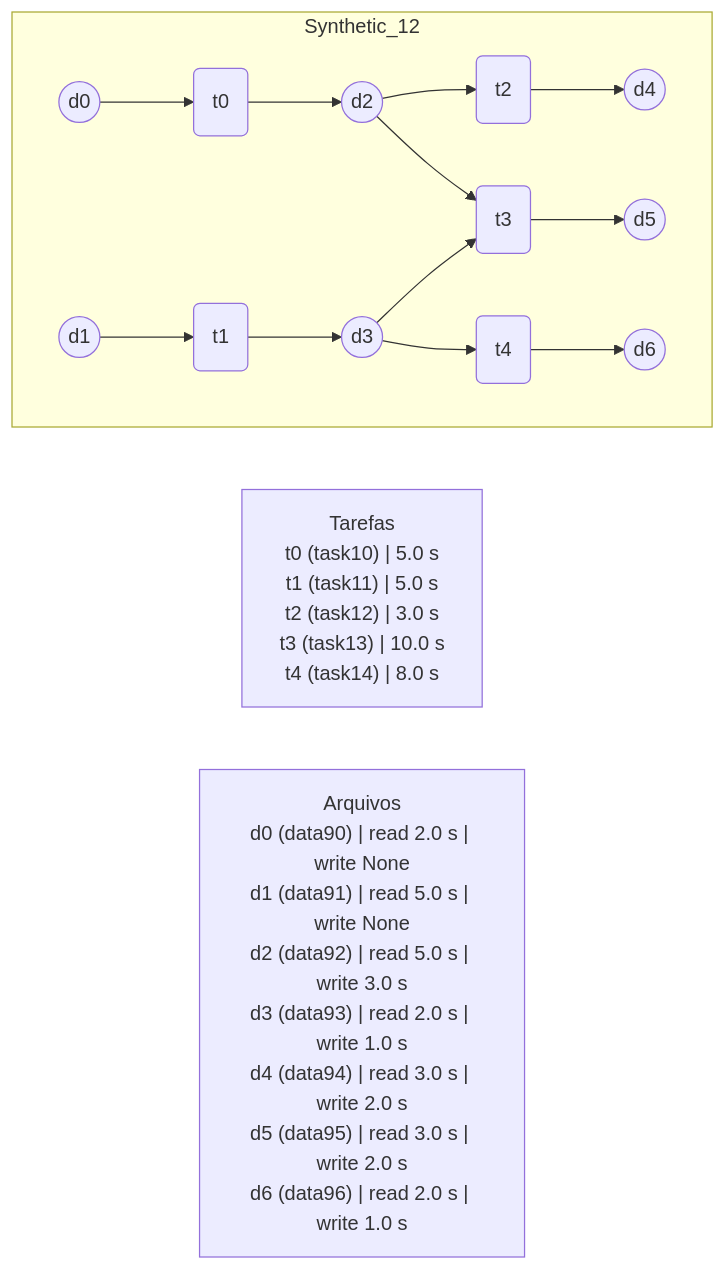
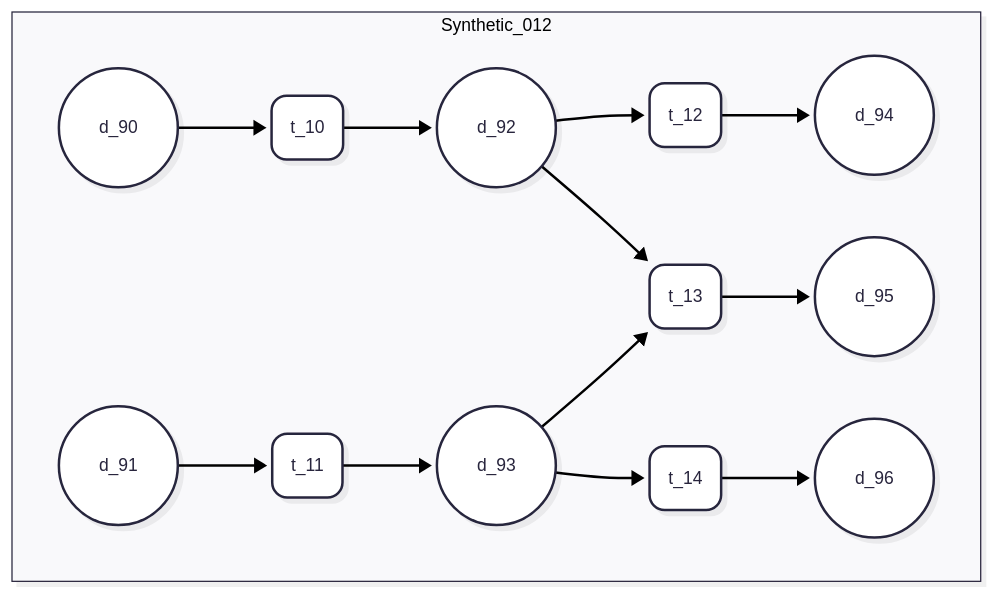
One commit to UFFeScience/denethor changed the diagram in resources/data/instance_files/synthetic/synthetic_user_defined/mermaid/Synthetic_12.mermaid. Above: the diagram before and after it, drawn with Mermaid. The commit also changed 17 other files, not shown here.

Commit message:
Novas definições de instâncias sintéticas,  arquivos mermaid e scripts geradores

```diff
--- a/resources/data/instance_files/synthetic/synthetic_user_defined/mermaid/Synthetic_12.mermaid
+++ b/resources/data/instance_files/synthetic/synthetic_user_defined/mermaid/Synthetic_12.mermaid
@@ -1,32 +1,31 @@
 ---
 config:
   layout: dagre
+  theme: redux
+  look: neo
 ---
 flowchart LR
- subgraph Synthetic_12["Synthetic_12"]
+ subgraph Synthetic_12["Synthetic_012"]
     direction LR
-        S12_t0("t0")
-        S12_d0(("d0"))
-        S12_d2(("d2"))
-        S12_t1("t1")
-        S12_d1(("d1"))
-        S12_d3(("d3"))
-        S12_t2("t2")
-        S12_d4(("d4"))
-        S12_t3("t3")
-        S12_d5(("d5"))
-        S12_t4("t4")
-        S12_d6(("d6"))
+        S12_d0(("d_90"))
+        S12_d1(("d_91"))
+        S12_d2(("d_92"))
+        S12_d3(("d_93"))
+        S12_d4(("d_94"))
+        S12_d5(("d_95"))
+        S12_d6(("d_96"))
+        S12_t0("t_10")
+        S12_t1("t_11")
+        S12_t2("t_12")
+        S12_t3("t_13")
+        S12_t4("t_14")
   end
     S12_d0 --> S12_t0
+    S12_d1 --> S12_t1
+    S12_d2 --> S12_t2 & S12_t3
+    S12_d3 --> S12_t3 & S12_t4
     S12_t0 --> S12_d2
-    S12_d1 --> S12_t1
     S12_t1 --> S12_d3
-    S12_d2 --> S12_t2 & S12_t3
     S12_t2 --> S12_d4
-    S12_d3 --> S12_t3 & S12_t4
     S12_t3 --> S12_d5
     S12_t4 --> S12_d6
-
-    TASK_TIMES["Tarefas<br/>t0 (task10) | 5.0 s<br/>t1 (task11) | 5.0 s<br/>t2 (task12) | 3.0 s<br/>t3 (task13) | 10.0 s<br/>t4 (task14) | 8.0 s"]
-    FILE_TIMES["Arquivos<br/>d0 (data90) | read 2.0 s | write None<br/>d1 (data91) | read 5.0 s | write None<br/>d2 (data92) | read 5.0 s | write 3.0 s<br/>d3 (data93) | read 2.0 s | write 1.0 s<br/>d4 (data94) | read 3.0 s | write 2.0 s<br/>d5 (data95) | read 3.0 s | write 2.0 s<br/>d6 (data96) | read 2.0 s | write 1.0 s"]
```
